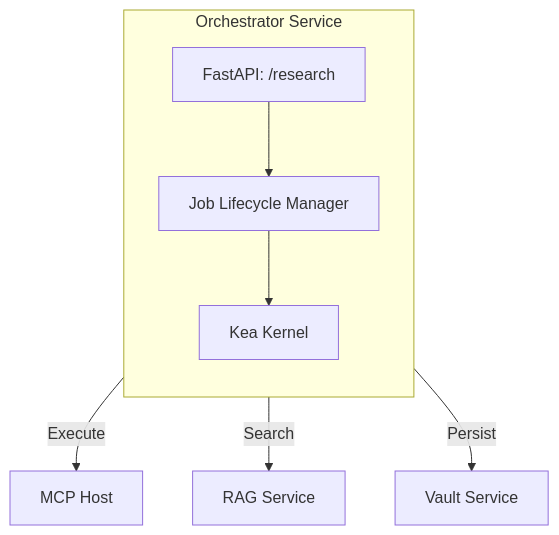
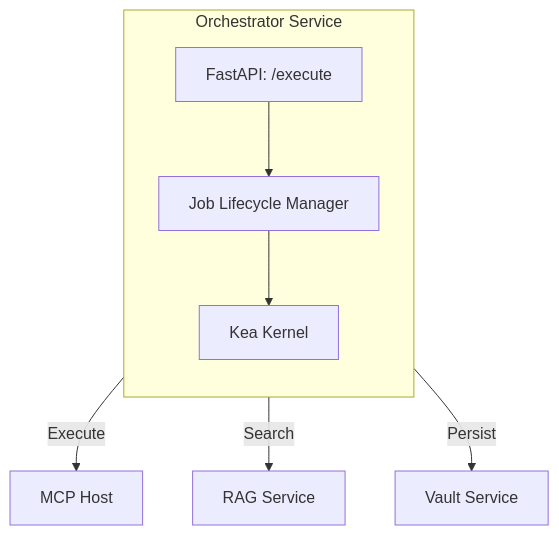
One commit to azzindani/Kea changed the diagram in services/orchestrator/README.md. Above: the diagram before and after it, drawn with Mermaid. The commit also changed other lines of this file and 69 other files, not shown here.

Commit message:
feat: Initialize multi-service architecture with core components including API Gateway, Orchestrator, RAG, Vault, and shared utilities.

````diff
--- a/services/orchestrator/README.md
+++ b/services/orchestrator/README.md
@@ -12,12 +12,12 @@
 ```mermaid
 graph TD
     subgraph Orchestrator [Orchestrator Service]
         direction TB
-        Main[FastAPI: /research] --> JobMgr[Job Lifecycle Manager]
+        Main[FastAPI: /execute] --> JobMgr[Job Lifecycle Manager]
         JobMgr --> Kernel[Kea Kernel]
     end
 
     Kernel -->|Execute| MCP[MCP Host]
     Kernel -->|Search| RAG[RAG Service]
     JobMgr -->|Persist| Vault[Vault Service]
 ```
````
